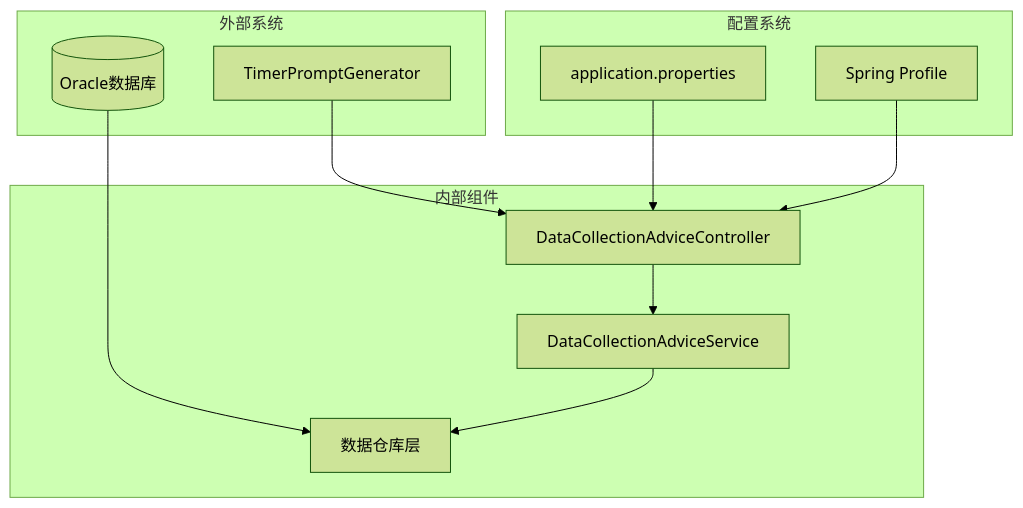
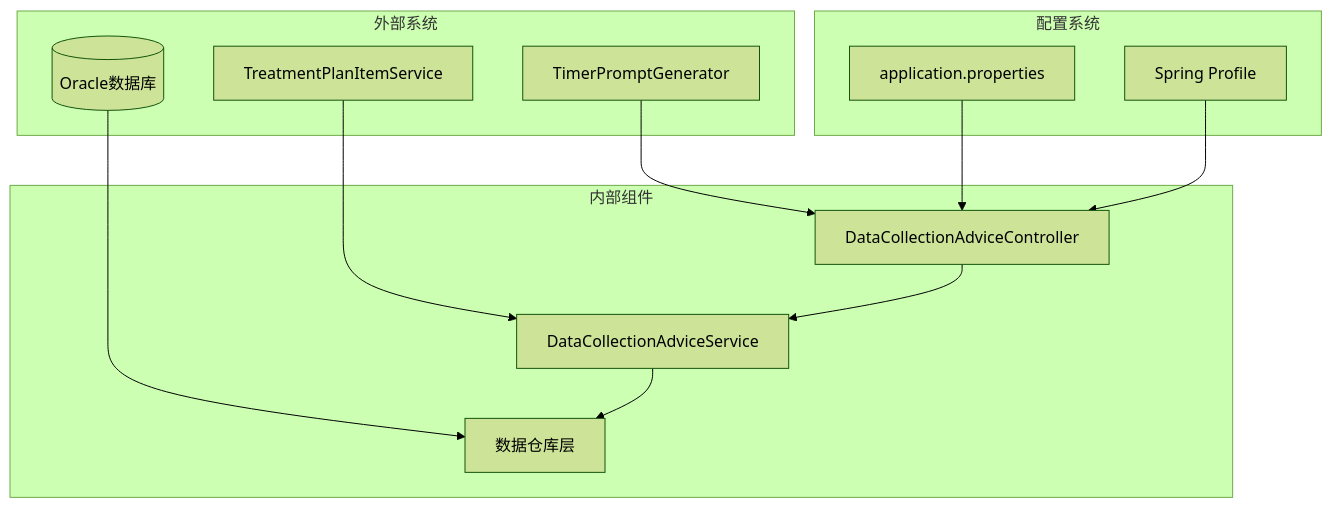
Before and after one commit to liuzh2008/med_ai_assistant_workspace: the seventh of 10 diagrams in .qoder/repowiki/zh/content/API参考/数据收集建议GET查询API.md, drawn with Mermaid (forest theme). The commit also changed other lines of this file and 5 other files, not shown here.

````diff
--- a/.qoder/repowiki/zh/content/API参考/数据收集建议GET查询API.md
+++ b/.qoder/repowiki/zh/content/API参考/数据收集建议GET查询API.md
@@ -276,22 +337,24 @@
 ```mermaid
 graph TB
 subgraph "外部系统"
 TimerPrompt[TimerPromptGenerator]
 OracleDB[(Oracle数据库)]
+TreatmentPlan[TreatmentPlanItemService]
 end
 subgraph "内部组件"
 Controller[DataCollectionAdviceController]
 Service[DataCollectionAdviceService]
 Repositories[数据仓库层]
 end
 subgraph "配置系统"
 AppProps[application.properties]
 Profiles[Spring Profile]
 end
 TimerPrompt --> Controller
 OracleDB --> Repositories
+TreatmentPlan --> Service
 Controller --> Service
 Service --> Repositories
 AppProps --> Controller
 Profiles --> Controller
 ```
````
